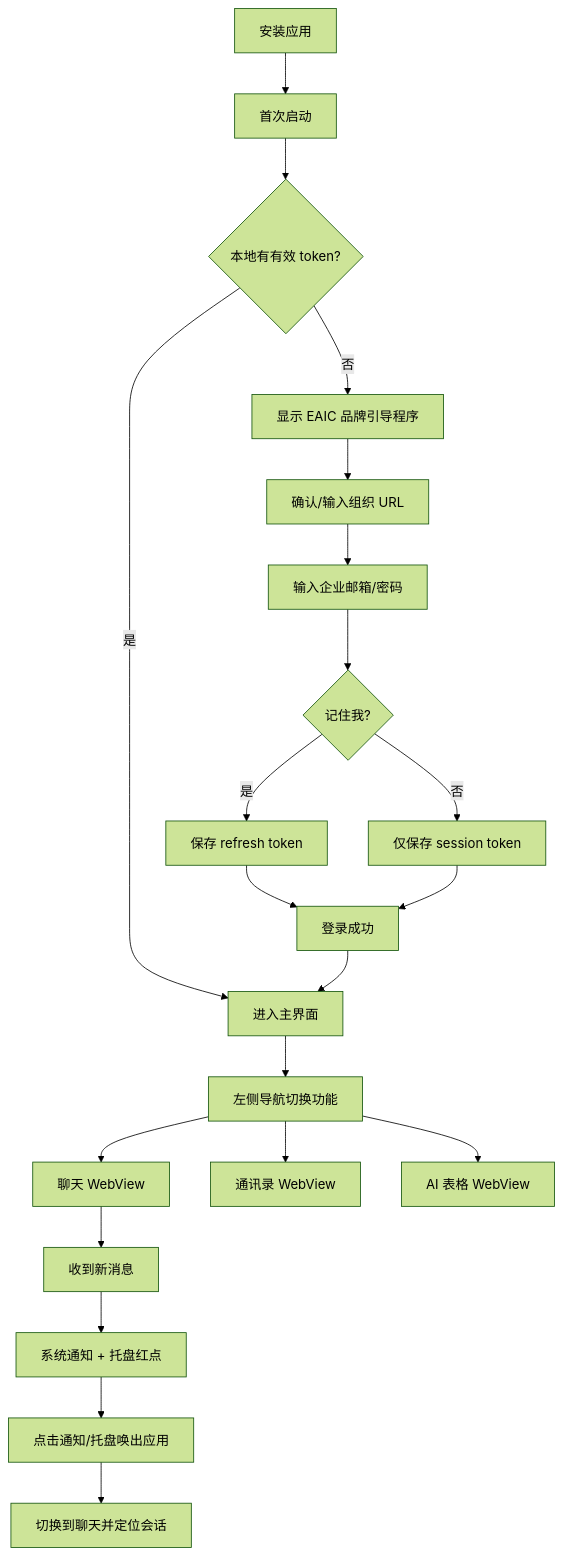
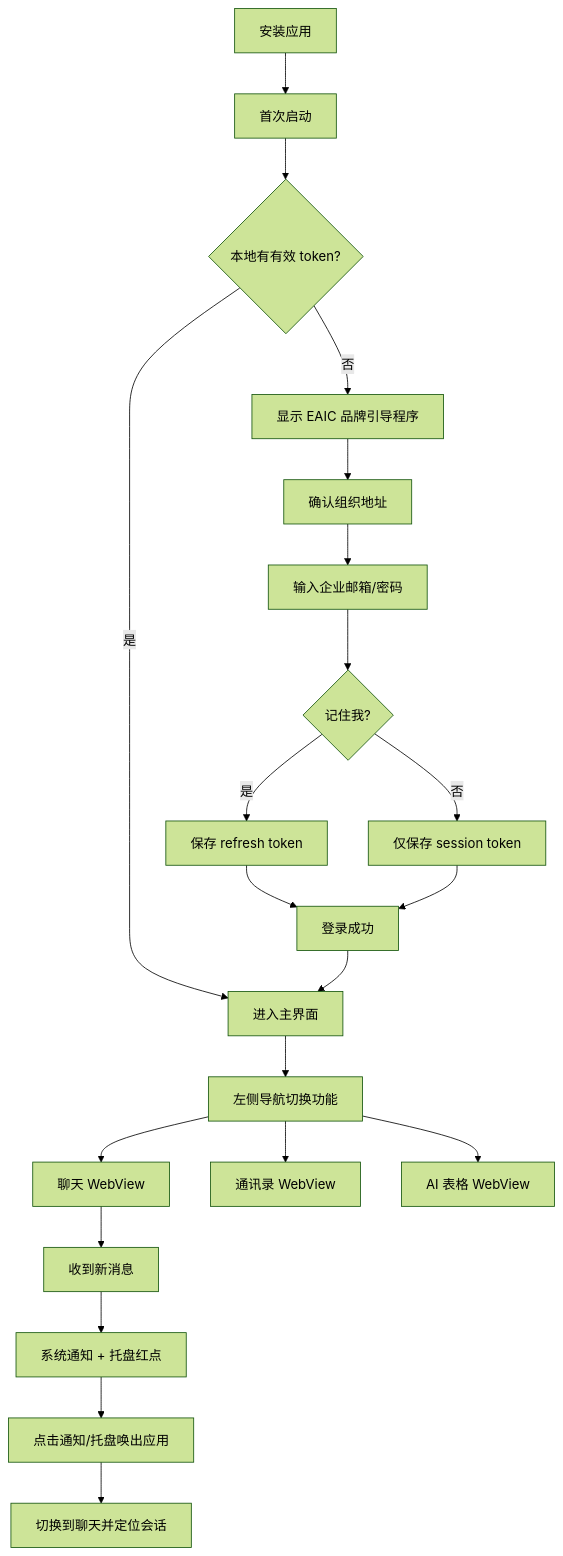
The first of 3 diagrams in issue-11/designs/flows.md (sushanglewis/WeLink), drawn with Mermaid (forest theme) before and after one commit. The commit also changed other lines of this file and 18 other files, not shown here.

````diff
--- a/issue-11/designs/flows.md
+++ b/issue-11/designs/flows.md
@@ -5,23 +5,23 @@
 ```mermaid
 flowchart TD
     A[安装应用] --> B[首次启动]
     B --> C{本地有有效 token?}
     C -->|是| D[进入主界面]
     C -->|否| E[显示 EAIC 品牌引导程序]
-    E --> F[确认/输入组织 URL]
+    E --> F[确认组织地址]
     F --> G[输入企业邮箱/密码]
     G --> H{记住我?}
     H -->|是| I[保存 refresh token]
     H -->|否| J[仅保存 session token]
     I --> K[登录成功]
     J --> K
     K --> D
     D --> L[左侧导航切换功能]
     L --> M[聊天 WebView]
     L --> N[通讯录 WebView]
     L --> O[AI 表格 WebView]
     M --> P[收到新消息]
     P --> Q[系统通知 + 托盘红点]
     Q --> R[点击通知/托盘唤出应用]
     R --> S[切换到聊天并定位会话]
 ```
````
